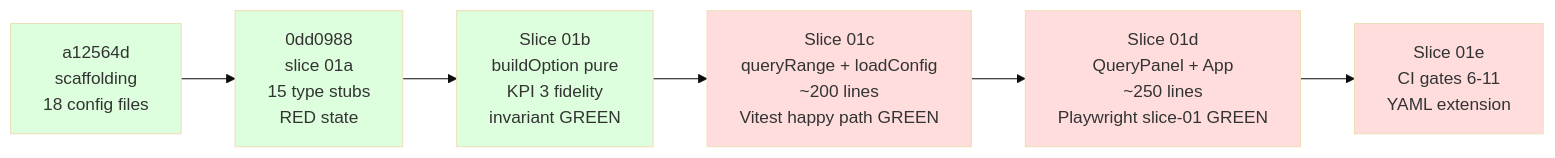
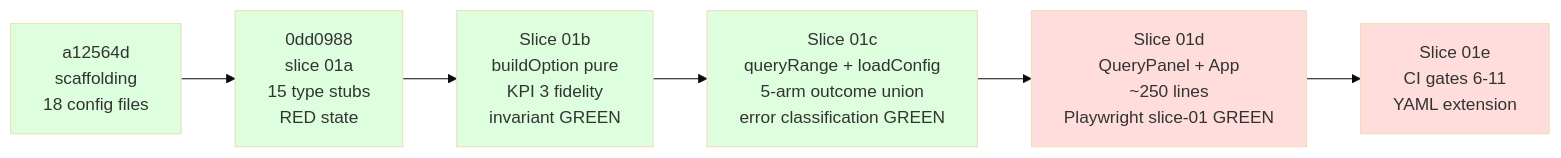
Before and after one commit to andrealaforgia/kaleidoscope: diagram 23 of 25 in docs/presentation/narrative.md, drawn with Mermaid (base theme). The commit also changed other lines of this file and 5 other files, not shown here.

First line of the commit message:
feat(prism): Slice 01c — queryRange + loadConfig GREEN (5-arm outcome union)

````diff
--- a/docs/presentation/narrative.md
+++ b/docs/presentation/narrative.md
@@ -1765,14 +1765,14 @@
 ```mermaid
 flowchart LR
     C0[a12564d<br/>scaffolding<br/>18 config files] --> C1[0dd0988<br/>slice 01a<br/>15 type stubs<br/>RED state]
     C1 --> C2[Slice 01b<br/>buildOption pure<br/>KPI 3 fidelity<br/>invariant GREEN]
-    C2 --> C3[Slice 01c<br/>queryRange + loadConfig<br/>~200 lines<br/>Vitest happy path GREEN]
+    C2 --> C3[Slice 01c<br/>queryRange + loadConfig<br/>5-arm outcome union<br/>error classification GREEN]
     C3 --> C4[Slice 01d<br/>QueryPanel + App<br/>~250 lines<br/>Playwright slice-01 GREEN]
     C4 --> C5[Slice 01e<br/>CI gates 6-11<br/>YAML extension]
     style C0 fill:#dfd
     style C1 fill:#dfd
     style C2 fill:#dfd
-    style C3 fill:#fdd
+    style C3 fill:#dfd
     style C4 fill:#fdd
     style C5 fill:#fdd
 ```
````
